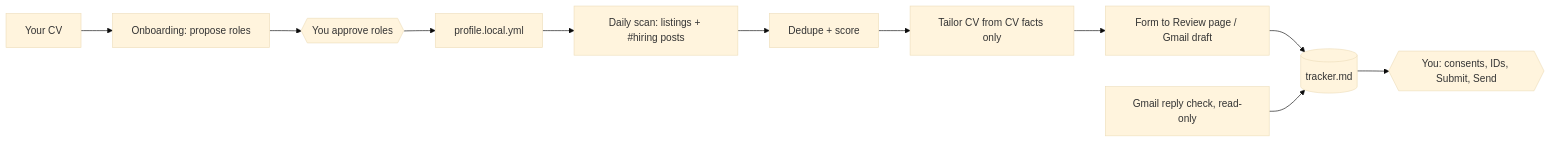
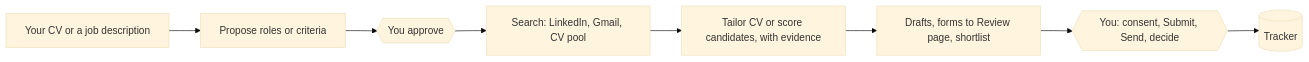
Before and after one commit to Kurusatsu/hirepair: the diagram in README.md, drawn with Mermaid (base theme). The commit also changed other lines of this file and 5 other files, not shown here.

Commit message:
Rewrite README, add mail drafts, roadmap and recruiter details docs

````diff
--- a/README.md
+++ b/README.md
@@ -33,13 +80,10 @@
 ```mermaid
 flowchart LR
-  CV[Your CV] --> O[Onboarding: propose roles]
-  O --> H1{{You approve roles}}
-  H1 --> P[profile.local.yml]
-  P --> S[Daily scan: listings + #hiring posts]
-  S --> M[Dedupe + score]
-  M --> C[Tailor CV from CV facts only]
-  C --> F[Form to Review page / Gmail draft]
-  F --> T[(tracker.md)]
-  T --> H2{{You: consents, IDs, Submit, Send}}
-  G[Gmail reply check, read-only] --> T
+  A[Your CV or a job description] --> B[Propose roles or criteria]
+  B --> C{{You approve}}
+  C --> D[Search: LinkedIn, Gmail, CV pool]
+  D --> E[Tailor CV or score candidates, with evidence]
+  E --> F[Drafts, forms to Review page, shortlist]
+  F --> G{{You: consent, Submit, Send, decide}}
+  G --> H[(Tracker)]
 ```
````
